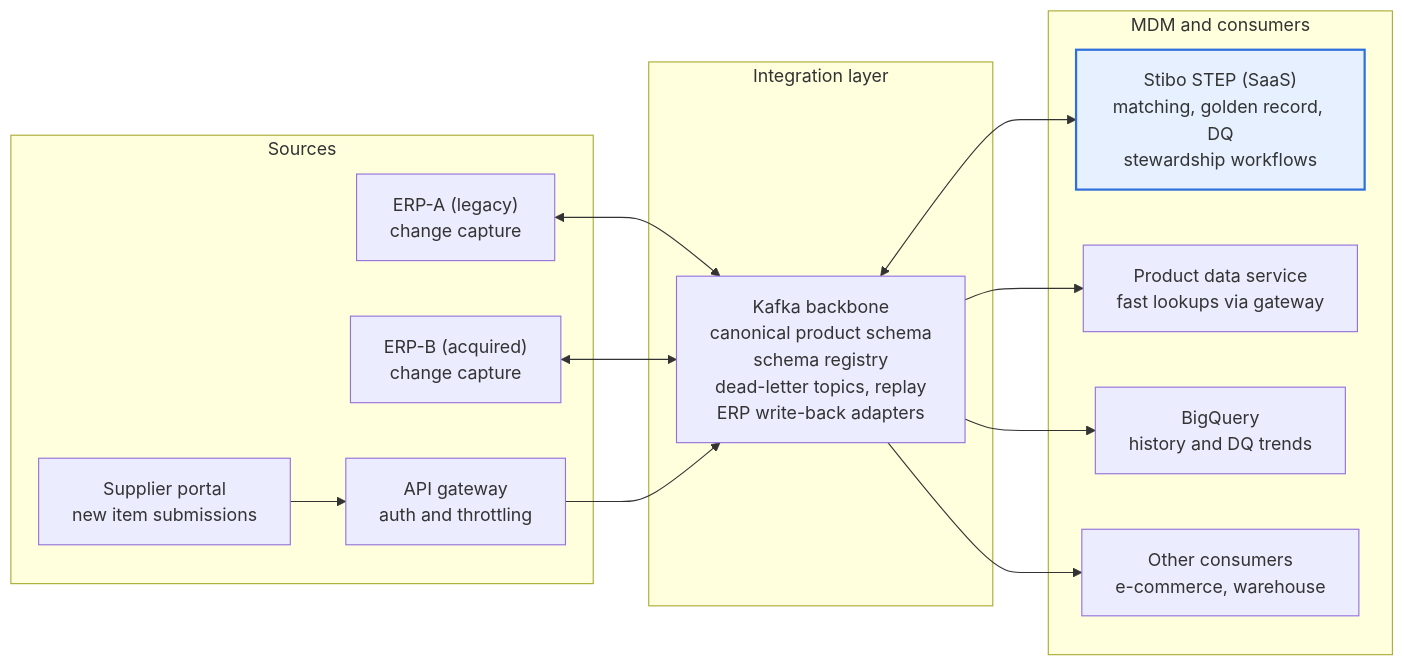
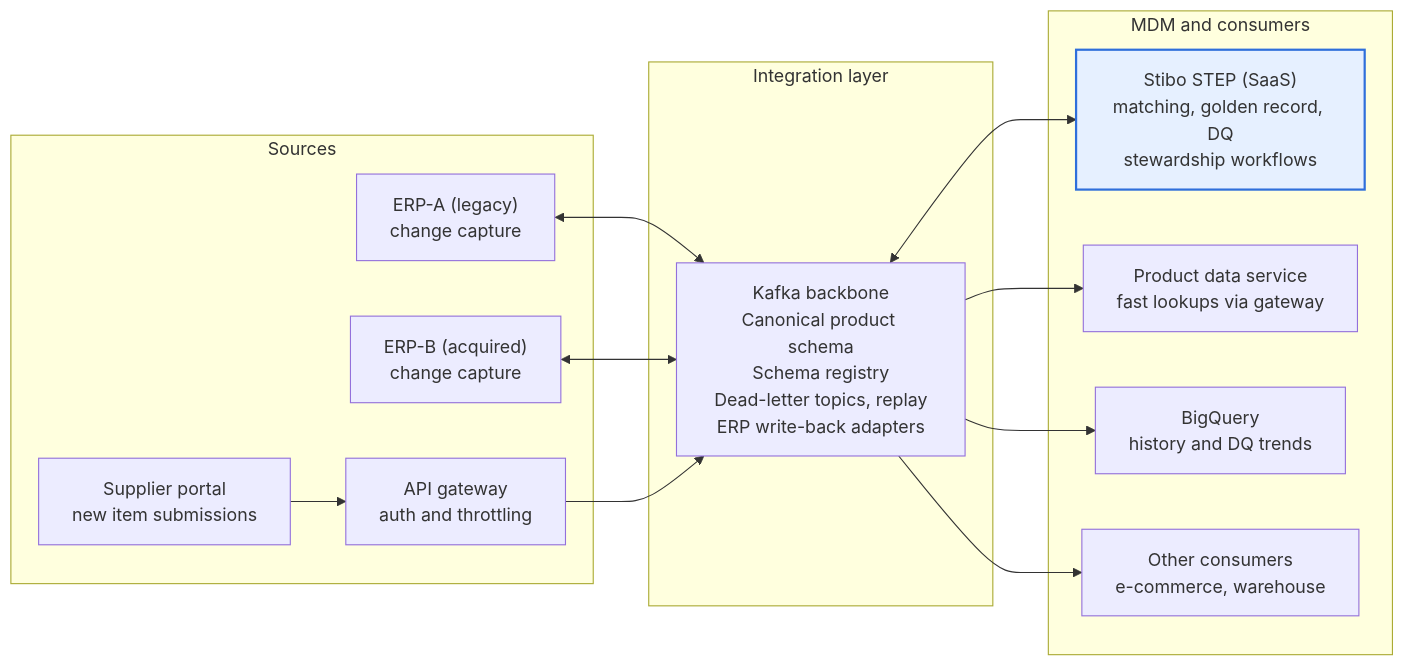
Before and after one commit to cavimales/product-mdm-reference-architecture: the diagram in docs/diagrams/context.md, drawn with Mermaid.

Commit message:
Fix capitalization and formatting in context diagram
Corrected capitalization and formatting in Kafka description.

````diff
--- a/docs/diagrams/context.md
+++ b/docs/diagrams/context.md
@@ -5,32 +5,32 @@
 ```mermaid
 flowchart LR
     subgraph Sources
         ERPA["ERP-A (legacy)<br/>change capture"]
         ERPB["ERP-B (acquired)<br/>change capture"]
         PORTAL["Supplier portal<br/>new item submissions"]
         GW["API gateway<br/>auth and throttling"]
     end
 
     subgraph Integration["Integration layer"]
-        KAFKA["Kafka backbone<br/>canonical product schema<br/>schema registry<br/>dead-letter topics, replay<br/>ERP write-back adapters"]
+        KAFKA["Kafka backbone<br/>Canonical product schema<br/>Schema registry<br/>Dead-letter topics, replay<br/>ERP write-back adapters"]
     end
 
     subgraph MDM["MDM and consumers"]
         STEP["Stibo STEP (SaaS)<br/>matching, golden record, DQ<br/>stewardship workflows"]
         PDS["Product data service<br/>fast lookups via gateway"]
         BQ["BigQuery<br/>history and DQ trends"]
         OTHER["Other consumers<br/>e-commerce, warehouse"]
     end
 
     ERPA <--> KAFKA
     ERPB <--> KAFKA
     PORTAL --> GW
     GW --> KAFKA
     KAFKA <--> STEP
     KAFKA --> PDS
     KAFKA --> BQ
     KAFKA --> OTHER
 
     classDef mdm fill:#e6f0ff,stroke:#2f6fdb,stroke-width:2px;
     class STEP mdm;
 ```
````
